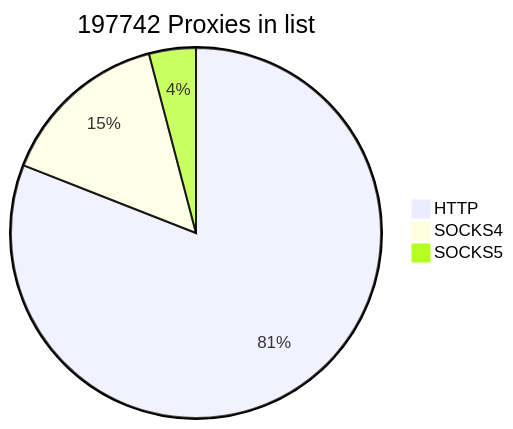
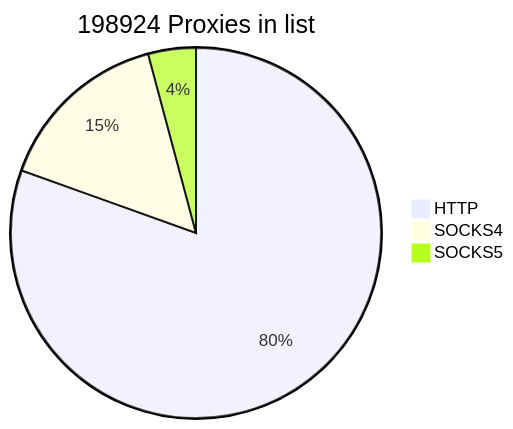
Before and after one commit to cutipu/proxylist: the first of 2 diagrams in README.md, drawn with Mermaid. The commit also changed other lines of this file, not shown here.

````diff
--- a/README.md
+++ b/README.md
@@ -2,7 +2,7 @@
 ```mermaid
-pie title 197742 Proxies in list
-    "HTTP" : 160071
-    "SOCKS4" : 29589
-    "SOCKS5" : 8082
+pie title 198924 Proxies in list
+    "HTTP" : 160095
+    "SOCKS4" : 30554
+    "SOCKS5" : 8275
             
 ```
````
